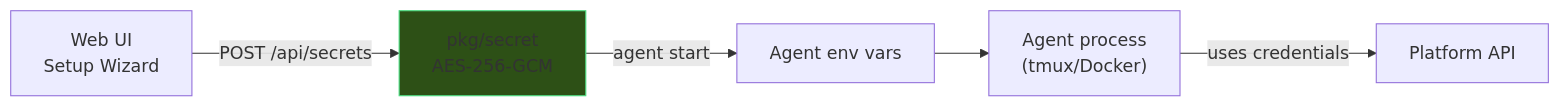
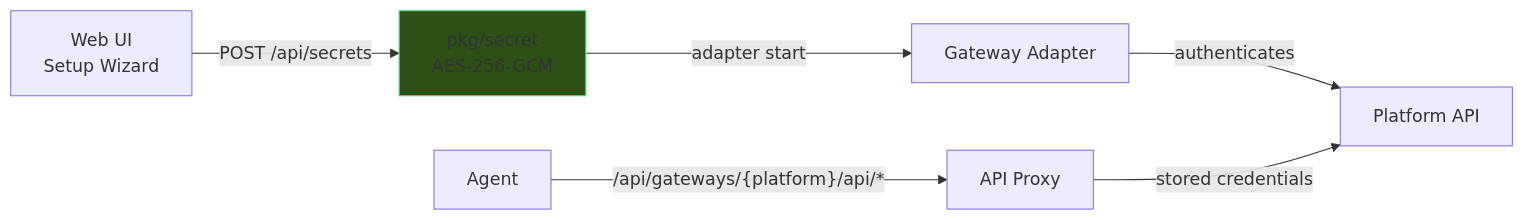
One commit to rpuneet/bc changed the second of 5 diagrams in docs/architecture/notifications.md. Above: the diagram before and after it, drawn with Mermaid. The commit also changed other lines of this file and 7 other files, not shown here.

````diff
--- a/docs/architecture/notifications.md
+++ b/docs/architecture/notifications.md
@@ -238,9 +222,10 @@
 ```mermaid
 flowchart LR
     UI["Web UI<br/>Setup Wizard"] -->|"POST /api/secrets"| SEC["pkg/secret<br/>AES-256-GCM"]
-    SEC -->|"agent start"| ENV["Agent env vars"]
-    ENV --> AGENT["Agent process<br/>(tmux/Docker)"]
-    AGENT -->|"uses credentials"| PLATFORM["Platform API"]
+    SEC -->|"adapter start"| ADAPTER["Gateway Adapter"]
+    ADAPTER -->|"authenticates"| PLATFORM["Platform API"]
+    AGENT["Agent"] -->|"/api/gateways/{platform}/api/*"| PROXY["API Proxy"]
+    PROXY -->|"stored credentials"| PLATFORM
 
     style SEC fill:#2d5016,stroke:#4ade80
 ```
````
